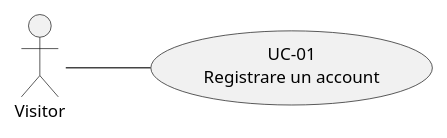
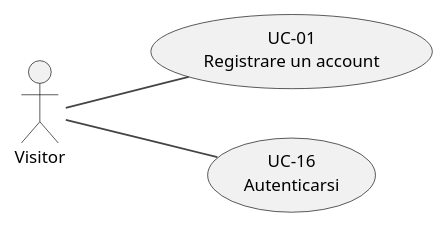
Before and after one commit to MeruemMeurel/Venue_Event_Organiser: the diagram in docs/diagrams/use-cases/use-cases-visitor.puml, drawn with PlantUML. The commit also changed 4 other files, not shown here.

```diff
--- a/docs/diagrams/use-cases/use-cases-visitor.puml
+++ b/docs/diagrams/use-cases/use-cases-visitor.puml
@@ -1,19 +1,21 @@
 @startuml
 
 skinparam style strictuml
 skinparam shadowing false
 skinparam DefaultFontName "Helvetica"
 skinparam DefaultFontSize 12
 skinparam ArrowThickness 1.2
 skinparam ArrowFontSize 11
 skinparam ArrowColor #444444
 
 left to right direction
 
 actor Visitor
 
 usecase "UC-01\nRegistrare un account" as UC01
+usecase "UC-16\nAutenticarsi" as UC16
 
 Visitor -- UC01
+Visitor -- UC16
 
 @enduml
```
